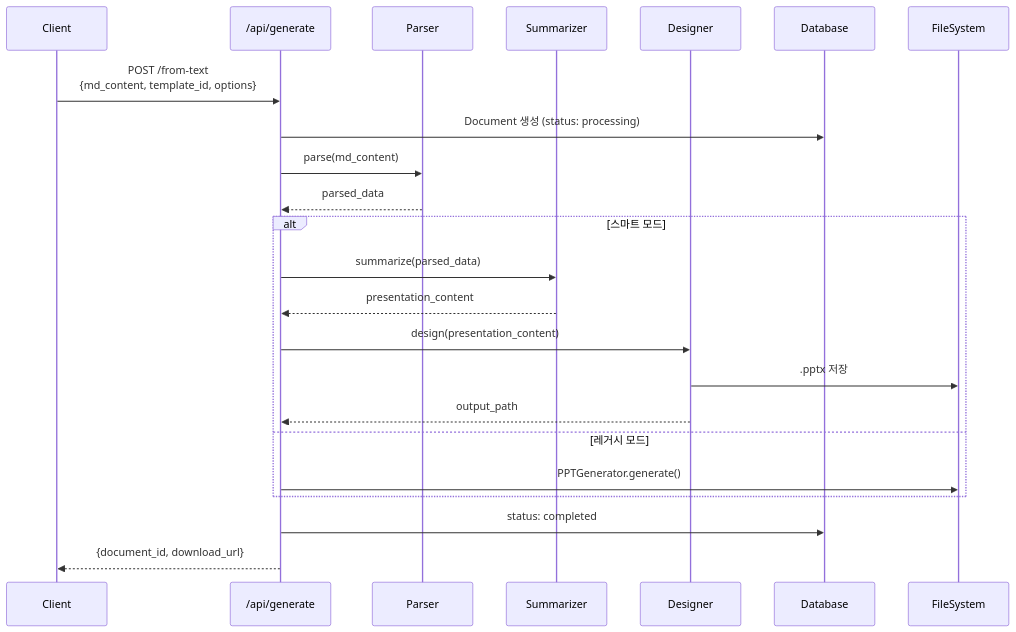
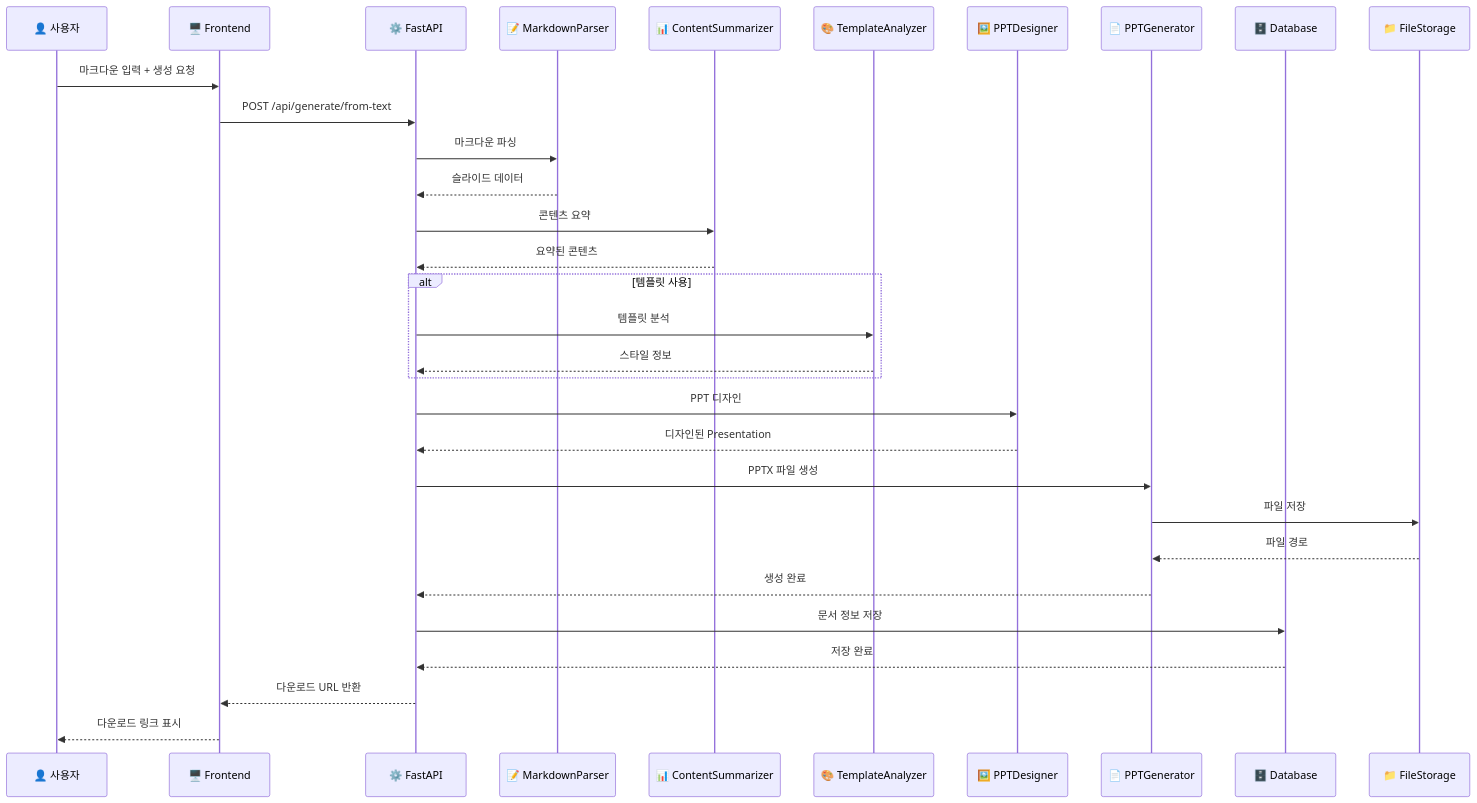
The ninth of 11 diagrams in ppt-doc-automation/docs/PROJECT_ANALYSIS.md (donseok/doc_gen), drawn with Mermaid before and after one commit. The commit also changed other lines of this file and 2 other files, not shown here.

````diff
--- a/ppt-doc-automation/docs/PROJECT_ANALYSIS.md
+++ b/ppt-doc-automation/docs/PROJECT_ANALYSIS.md
@@ -313,28 +484,41 @@
 ```mermaid
 sequenceDiagram
-    participant C as Client
-    participant G as /api/generate
-    participant P as Parser
-    participant S as Summarizer
-    participant D as Designer
-    participant DB as Database
-    participant FS as FileSystem
+    participant U as 👤 사용자
+    participant F as 🖥️ Frontend
+    participant A as ⚙️ FastAPI
+    participant MP as 📝 MarkdownParser
+    participant CS as 📊 ContentSummarizer
+    participant TA as 🎨 TemplateAnalyzer
+    participant PD as 🖼️ PPTDesigner
+    participant PG as 📄 PPTGenerator
+    participant DB as 🗄️ Database
+    participant FS as 📁 FileStorage
 
-    C->>G: POST /from-text<br/>{md_content, template_id, options}
-    G->>DB: Document 생성 (status: processing)
-    G->>P: parse(md_content)
-    P-->>G: parsed_data
-
-    alt 스마트 모드
-        G->>S: summarize(parsed_data)
-        S-->>G: presentation_content
-        G->>D: design(presentation_content)
-        D->>FS: .pptx 저장
-        D-->>G: output_path
-    else 레거시 모드
-        G->>FS: PPTGenerator.generate()
+    U->>F: 마크다운 입력 + 생성 요청
+    F->>A: POST /api/generate/from-text
+    
+    A->>MP: 마크다운 파싱
+    MP-->>A: 슬라이드 데이터
+    
+    A->>CS: 콘텐츠 요약
+    CS-->>A: 요약된 콘텐츠
+    
+    alt 템플릿 사용
+        A->>TA: 템플릿 분석
+        TA-->>A: 스타일 정보
     end
-
-    G->>DB: status: completed
-    G-->>C: {document_id, download_url}
+    
+    A->>PD: PPT 디자인
+    PD-->>A: 디자인된 Presentation
+    
+    A->>PG: PPTX 파일 생성
+    PG->>FS: 파일 저장
+    FS-->>PG: 파일 경로
+    PG-->>A: 생성 완료
+    
+    A->>DB: 문서 정보 저장
+    DB-->>A: 저장 완료
+    
+    A-->>F: 다운로드 URL 반환
+    F-->>U: 다운로드 링크 표시
 ```
````
